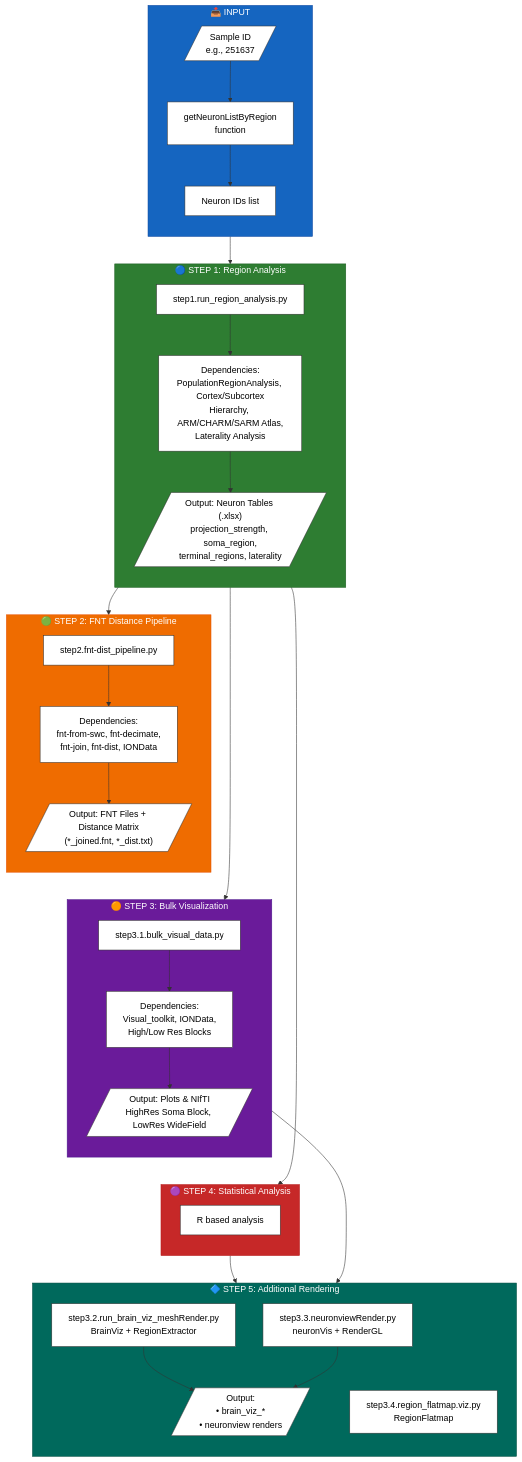
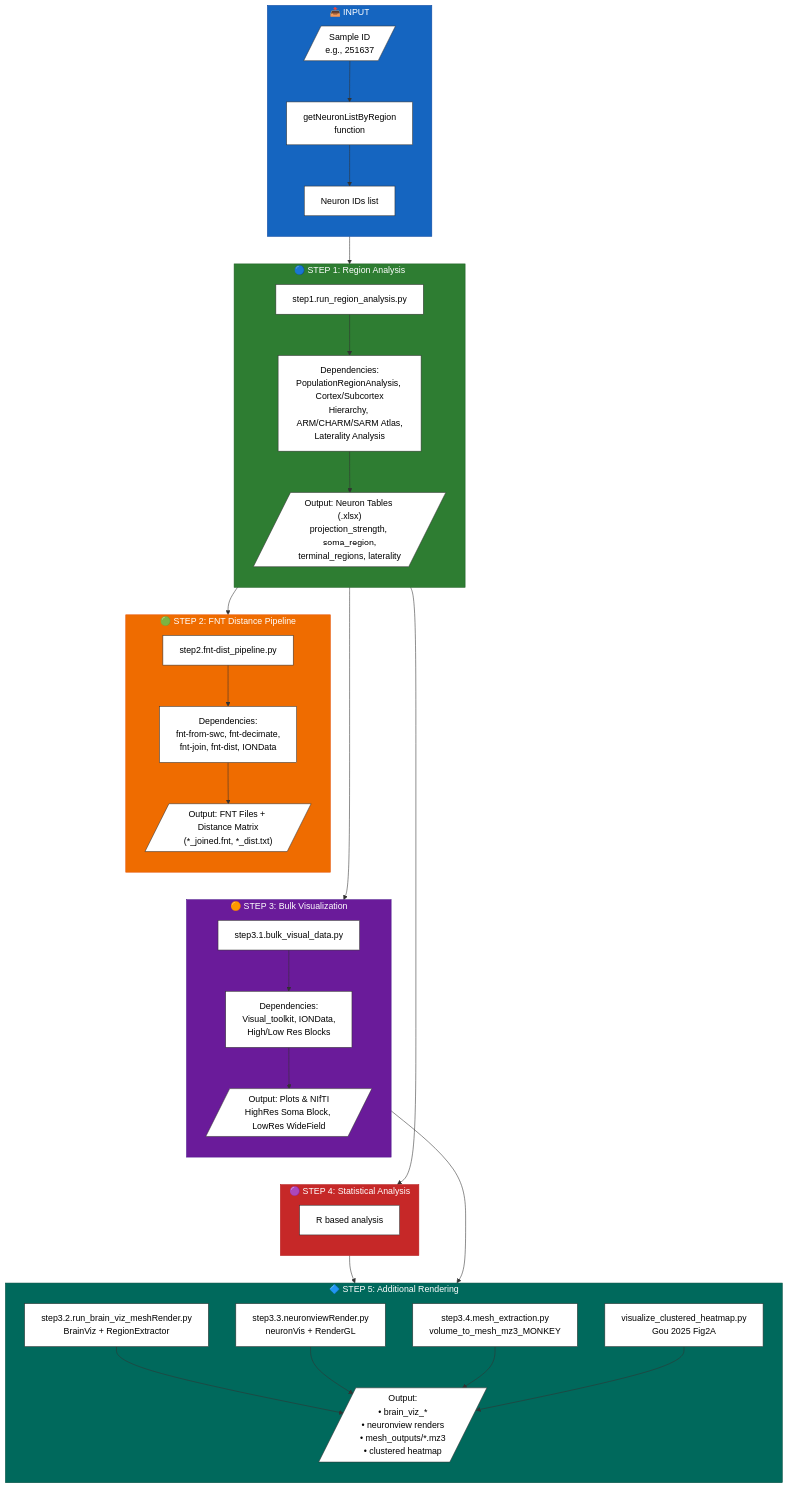
One commit to InteroAnat/projectome_analysis changed the first of 9 diagrams in main_scripts/PIPELINE_MINDMAP.md. Above: the diagram before and after it, drawn with Mermaid. The commit also changed other lines of this file and 2 other files, not shown here.

First line of the commit message:
Document step 3.4 monkey atlas mesh extraction in the pipeline.

```diff
--- a/main_scripts/PIPELINE_MINDMAP.md
+++ b/main_scripts/PIPELINE_MINDMAP.md
@@ -102,8 +103,9 @@
         direction TB
         S5A[step3.2.run_brain_viz_meshRender.py<br/>BrainViz + RegionExtractor]
         S5B[step3.3.neuronviewRender.py<br/>neuronVis + RenderGL]
-        S5C[step3.4.region_flatmap.viz.py<br/>RegionFlatmap]
-        S5_out[/"Output:<br/>• brain_viz_*<br/>• neuronview renders<br/>"/]
+        S5C[step3.4.mesh_extraction.py<br/>volume_to_mesh_mz3_MONKEY]
+        S5D[visualize_clustered_heatmap.py<br/>Gou 2025 Fig2A]
+        S5_out[/"Output:<br/>• brain_viz_*<br/>• neuronview renders<br/>• mesh_outputs/*.mz3<br/>• clustered heatmap"/]
     end
 
     %% Main vertical flow - sequential
@@ -129,6 +131,8 @@
     
     S5A --> S5_out
     S5B --> S5_out
+    S5C --> S5_out
+    S5D --> S5_out
     
 
     %% Apply dark background to subgraph titles
```
